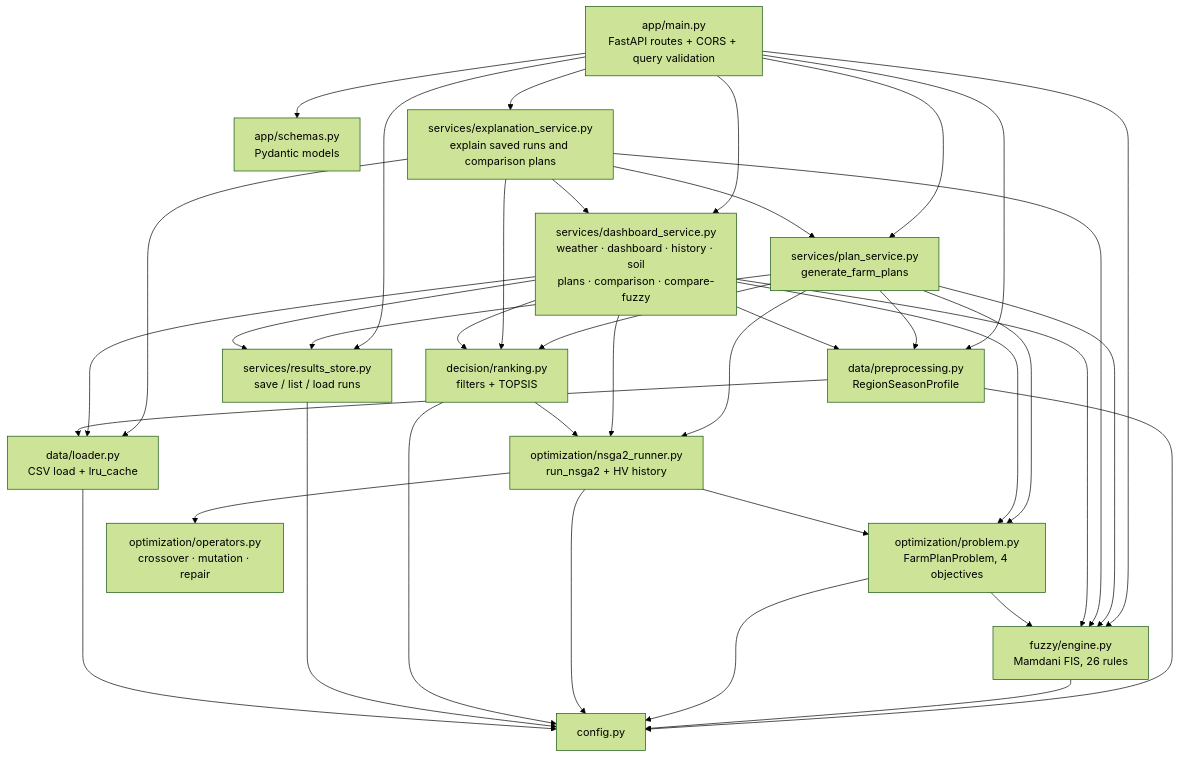
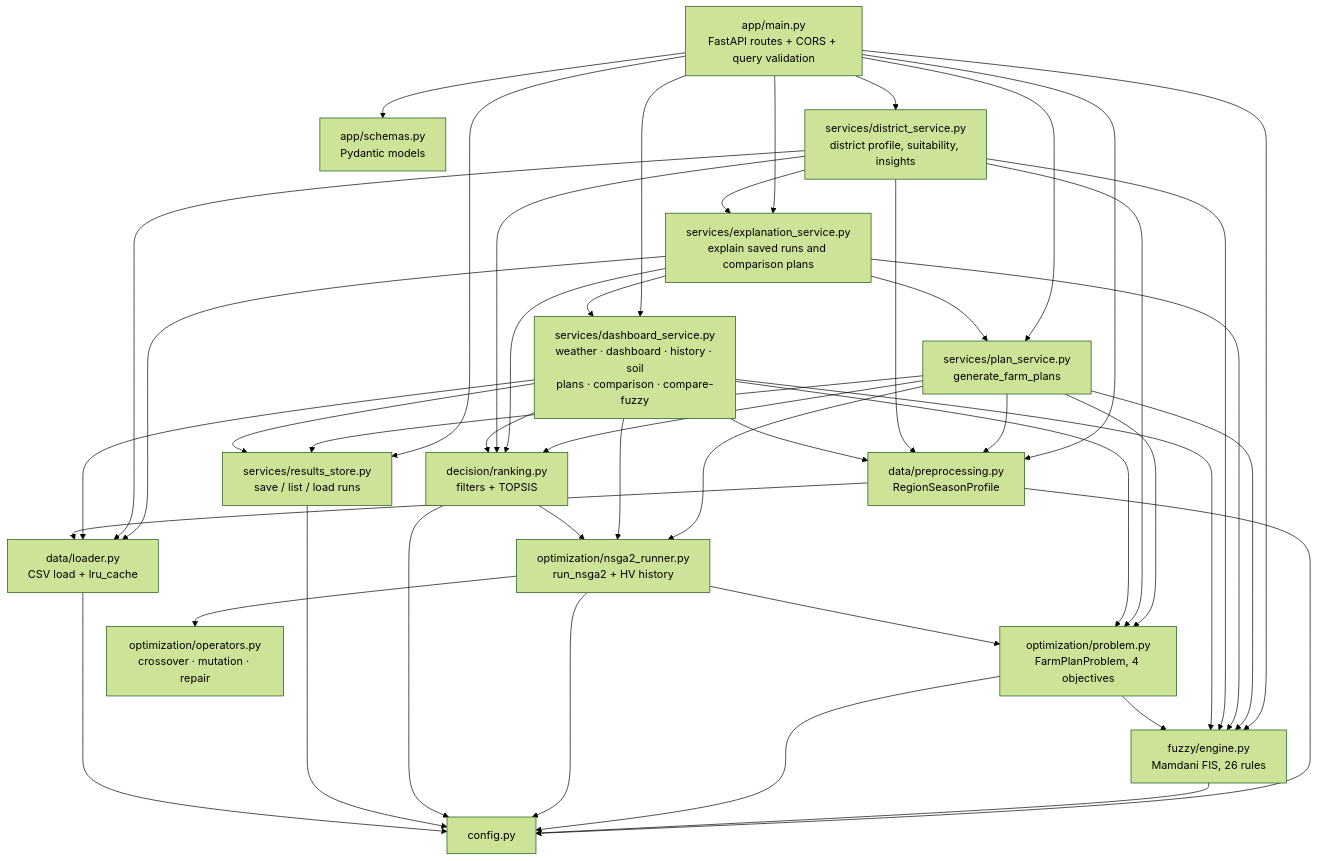
The second of 4 diagrams in docs/handbook/ARCHITECTURE.md (VamsiVarada-3632/AgroOptimize), drawn with Mermaid (forest theme) before and after one commit. The commit also changed other lines of this file and 12 other files, not shown here.

````diff
--- a/docs/handbook/ARCHITECTURE.md
+++ b/docs/handbook/ARCHITECTURE.md
@@ -31,33 +31,36 @@
 ```mermaid
 flowchart TB
     main[app/main.py<br/>FastAPI routes + CORS + query validation]
     schemas[app/schemas.py<br/>Pydantic models]
     ps[services/plan_service.py<br/>generate_farm_plans]
     ds[services/dashboard_service.py<br/>weather · dashboard · history · soil<br/>plans · comparison · compare-fuzzy]
     xs[services/explanation_service.py<br/>explain saved runs and comparison plans]
+    dis[services/district_service.py<br/>district profile, suitability, insights]
     rs[services/results_store.py<br/>save / list / load runs]
     pre[data/preprocessing.py<br/>RegionSeasonProfile]
     load[data/loader.py<br/>CSV load + lru_cache]
     fz[fuzzy/engine.py<br/>Mamdani FIS, 26 rules]
     prob[optimization/problem.py<br/>FarmPlanProblem, 4 objectives]
     ops[optimization/operators.py<br/>crossover · mutation · repair]
     run[optimization/nsga2_runner.py<br/>run_nsga2 + HV history]
     rank[decision/ranking.py<br/>filters + TOPSIS]
     cfg[config.py]
 
     main --> schemas
     main --> ps
     main --> ds
     main --> rs
     main --> pre
     main --> fz
     ps --> pre & fz & prob & run & rank & rs
     main --> xs
     xs --> ds & ps & rank & fz & load
+    main --> dis
+    dis --> pre & fz & prob & rank & load & xs
     ds --> load & pre & fz & prob & run & rank & rs
     pre --> load
     run --> ops & prob
     prob --> fz
     rank --> run
     pre & fz & prob & run & rank & rs & load --> cfg
 ```
````
